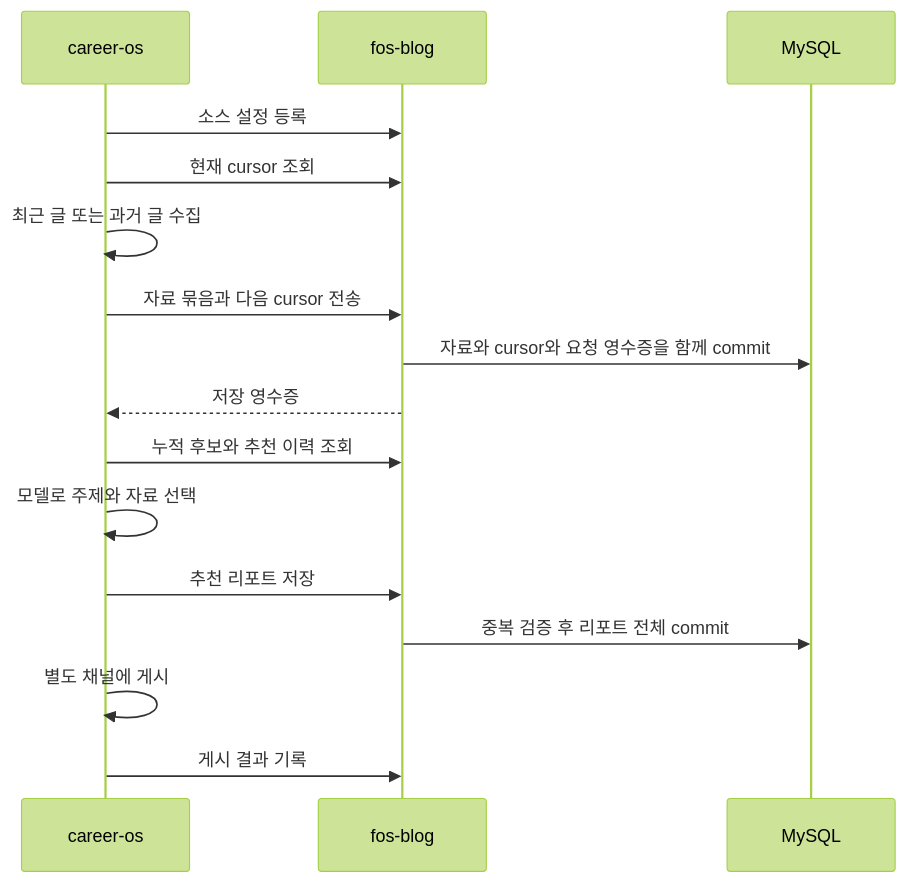
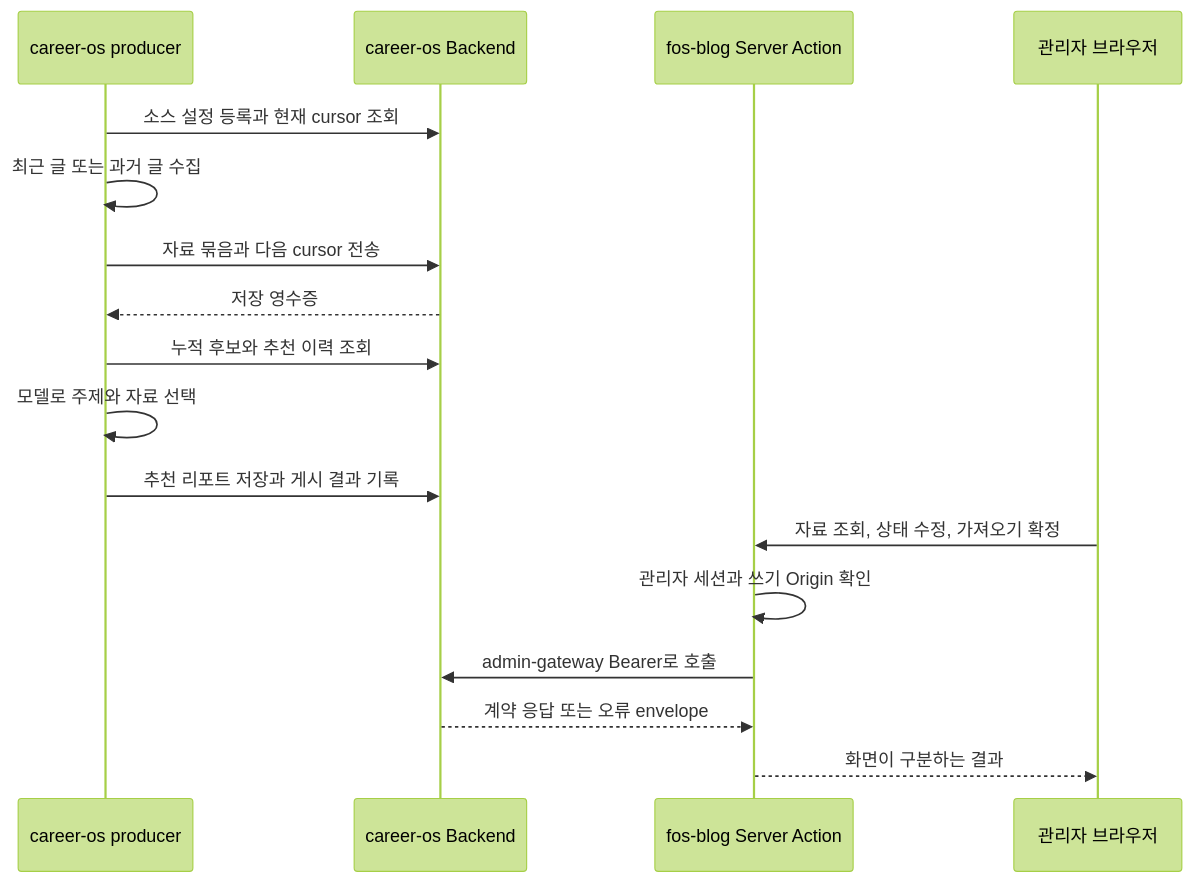
The diagram in docs/api/study-library.md (jon890/fos-blog), drawn with Mermaid (forest theme) before and after one commit. The commit also changed other lines of this file and 8 other files, not shown here.

````diff
--- a/docs/api/study-library.md
+++ b/docs/api/study-library.md
@@ -12,18 +18,19 @@
 ```mermaid
 sequenceDiagram
-    participant C as career-os
-    participant F as fos-blog
-    participant D as MySQL
-    C->>F: 소스 설정 등록
-    C->>F: 현재 cursor 조회
-    C->>C: 최근 글 또는 과거 글 수집
-    C->>F: 자료 묶음과 다음 cursor 전송
-    F->>D: 자료와 cursor와 요청 영수증을 함께 commit
-    F-->>C: 저장 영수증
-    C->>F: 누적 후보와 추천 이력 조회
-    C->>C: 모델로 주제와 자료 선택
-    C->>F: 추천 리포트 저장
-    F->>D: 중복 검증 후 리포트 전체 commit
-    C->>C: 별도 채널에 게시
-    C->>F: 게시 결과 기록
+    participant P as career-os producer
+    participant B as career-os Backend
+    participant A as fos-blog Server Action
+    participant U as 관리자 브라우저
+    P->>B: 소스 설정 등록과 현재 cursor 조회
+    P->>P: 최근 글 또는 과거 글 수집
+    P->>B: 자료 묶음과 다음 cursor 전송
+    B-->>P: 저장 영수증
+    P->>B: 누적 후보와 추천 이력 조회
+    P->>P: 모델로 주제와 자료 선택
+    P->>B: 추천 리포트 저장과 게시 결과 기록
+    U->>A: 자료 조회, 상태 수정, 가져오기 확정
+    A->>A: 관리자 세션과 쓰기 Origin 확인
+    A->>B: admin-gateway Bearer로 호출
+    B-->>A: 계약 응답 또는 오류 envelope
+    A-->>U: 화면이 구분하는 결과
 ```
````
